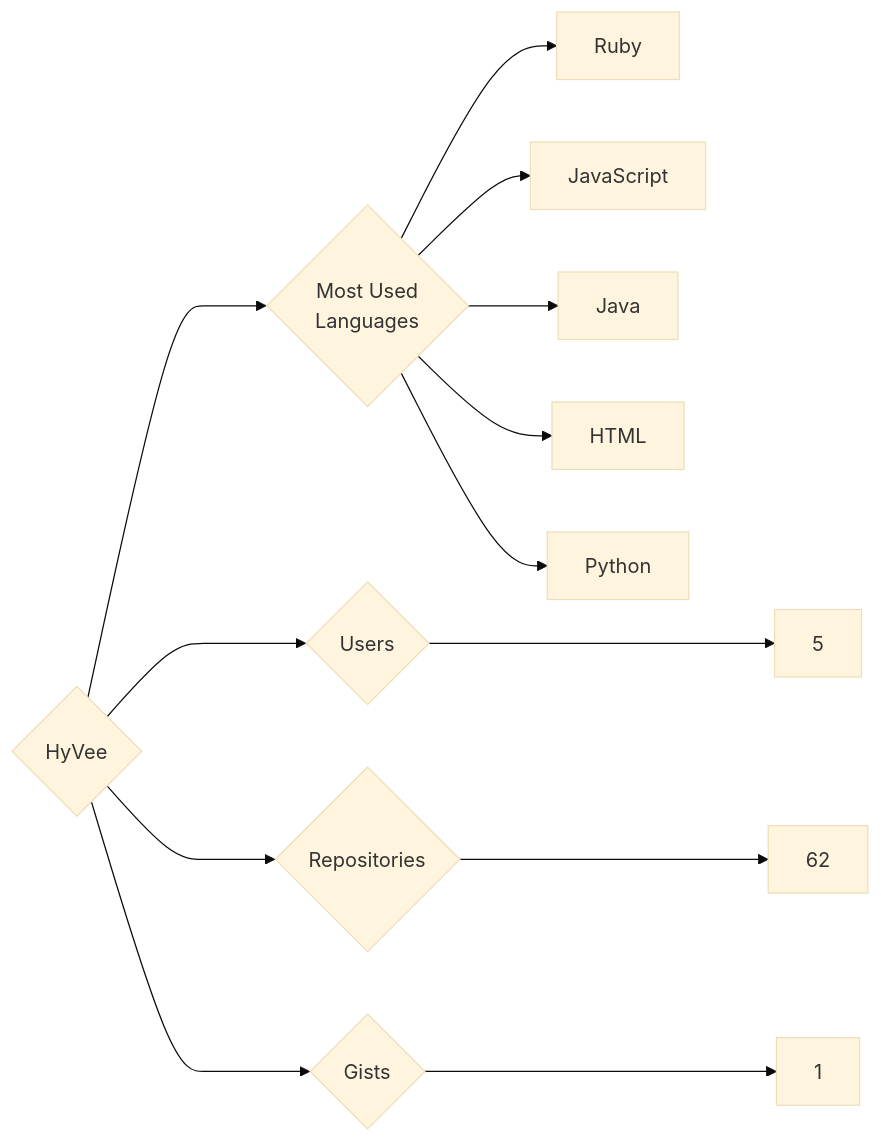
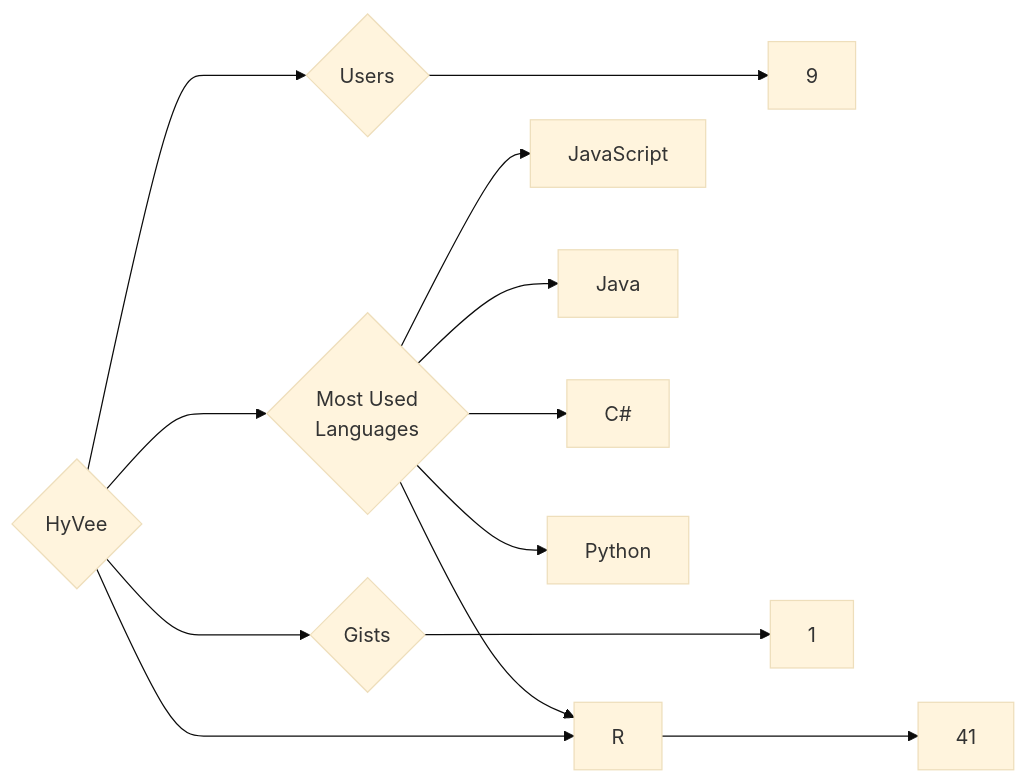
Before and after one commit to trickest/insiders: the diagram in targets/HyVee/README.md, drawn with Mermaid (base theme). The commit also changed 1167 other files, not shown here.

````diff
--- a/targets/HyVee/README.md
+++ b/targets/HyVee/README.md
@@ -3,13 +3,13 @@
 ```mermaid
 graph LR
 COMPANY_NAME{HyVee}
-COMPANY_NAME ---> U{Users} ---> UN[5]
-COMPANY_NAME ---> R{Repositories} ---> RN[62]
+COMPANY_NAME ---> U{Users} ---> UN[9]
+COMPANY_NAME ---> R{Repositories} ---> RN[41]
 COMPANY_NAME ---> G{Gists} ---> GN[1]
 COMPANY_NAME ---> ML{Most Used<br>Languages}
-ML --> Ruby[Ruby]
 ML --> JavaScript[JavaScript]
 ML --> Java[Java]
-ML --> HTML[HTML]
+ML --> R[R]
+ML --> C#[C#]
 ML --> Python[Python]
 ```
````
